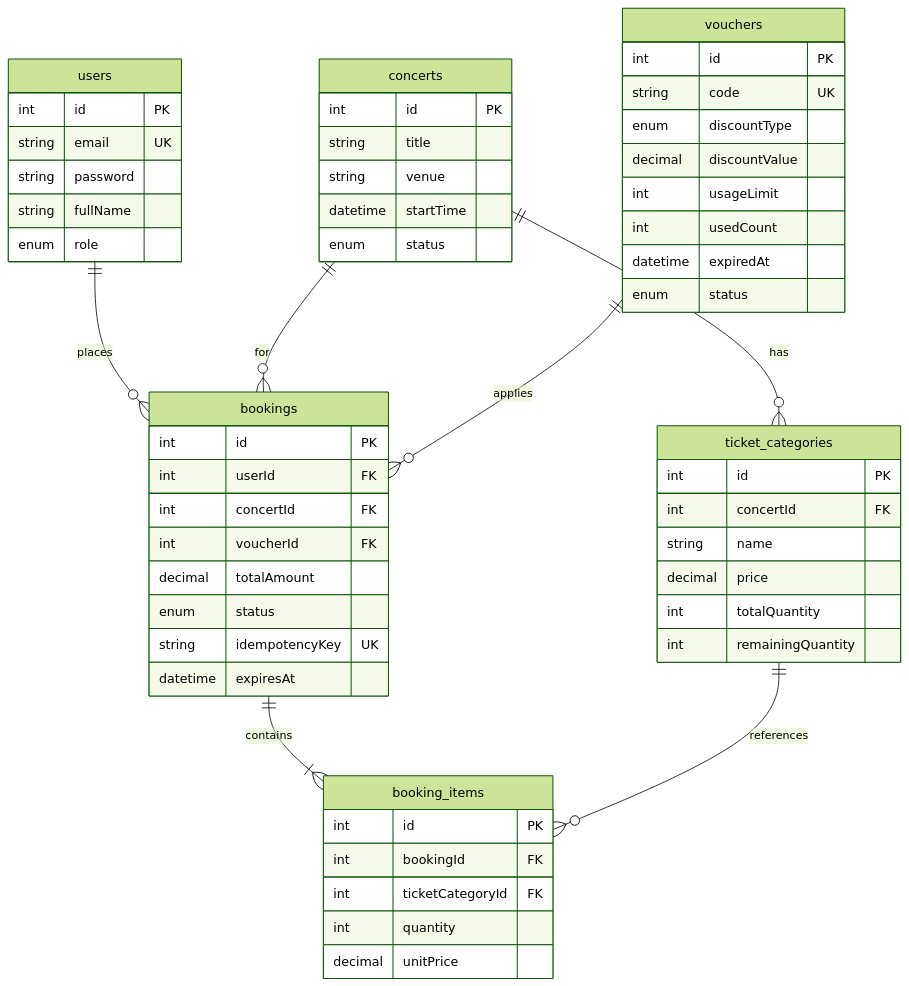
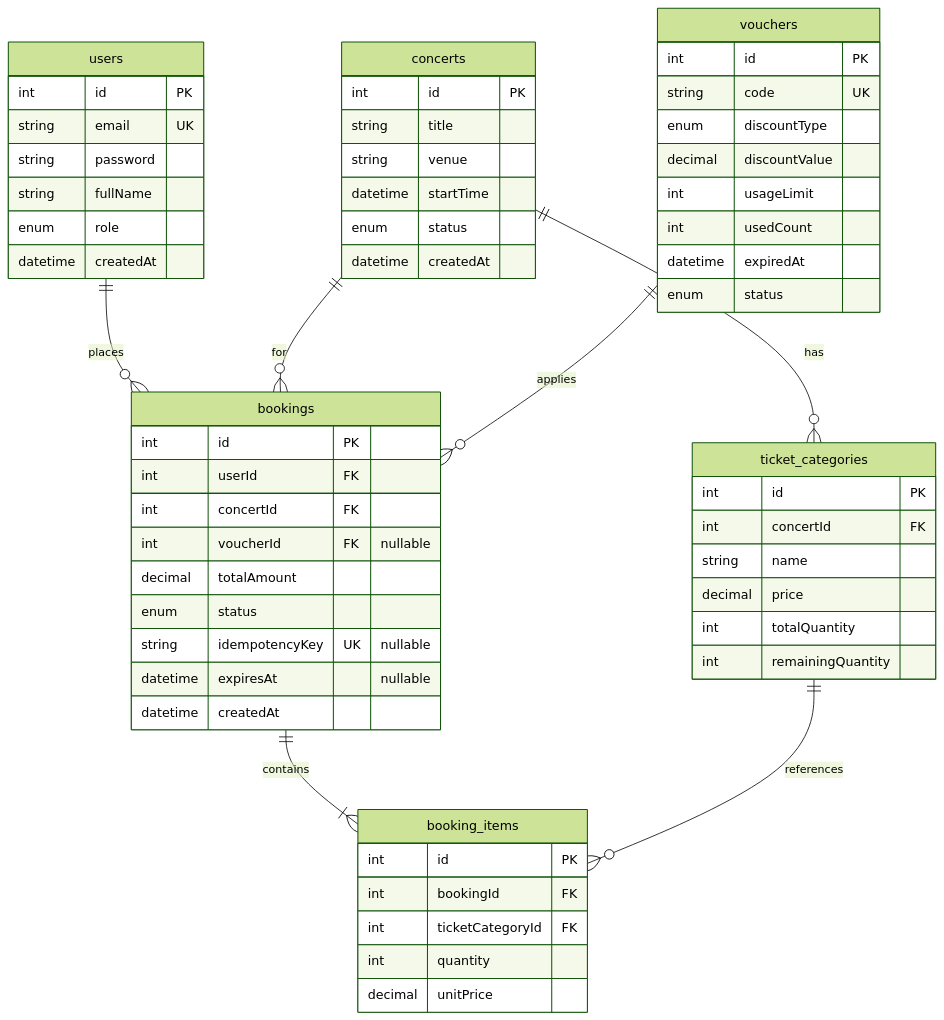
The first of 2 diagrams in docs/DATABASE.md (kkang0302/Ticket-Booking-Web), drawn with Mermaid (forest theme) before and after one commit. The commit also changed other lines of this file and 16 other files, not shown here.

````diff
--- a/docs/DATABASE.md
+++ b/docs/DATABASE.md
@@ -5,64 +26,67 @@
 ```mermaid
 erDiagram
   users ||--o{ bookings : places
   concerts ||--o{ ticket_categories : has
   concerts ||--o{ bookings : for
   vouchers ||--o{ bookings : applies
   bookings ||--|{ booking_items : contains
   ticket_categories ||--o{ booking_items : references
 
   users {
     int id PK
     string email UK
     string password
     string fullName
     enum role
+    datetime createdAt
   }
 
   concerts {
     int id PK
     string title
     string venue
     datetime startTime
     enum status
+    datetime createdAt
   }
 
   ticket_categories {
     int id PK
     int concertId FK
     string name
     decimal price
     int totalQuantity
     int remainingQuantity
   }
 
   vouchers {
     int id PK
     string code UK
     enum discountType
     decimal discountValue
     int usageLimit
     int usedCount
     datetime expiredAt
     enum status
   }
 
   bookings {
     int id PK
     int userId FK
     int concertId FK
-    int voucherId FK
+    int voucherId FK "nullable"
     decimal totalAmount
     enum status
-    string idempotencyKey UK
-    datetime expiresAt
+    string idempotencyKey UK "nullable"
+    datetime expiresAt "nullable"
+    datetime createdAt
   }
 
   booking_items {
     int id PK
     int bookingId FK
     int ticketCategoryId FK
     int quantity
     decimal unitPrice
   }
 ```
````
